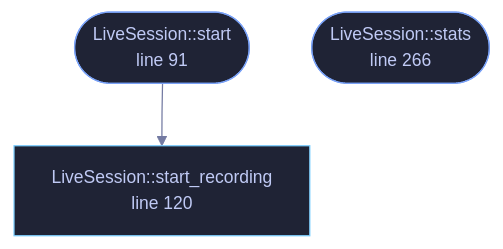
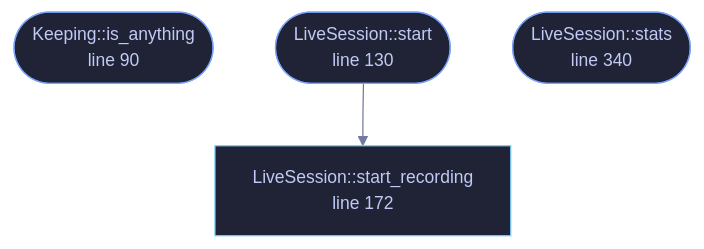
Before and after one commit to tilas01/veilvoice: the diagram in wiki/File-veilvoice-audio-live.md, drawn with Mermaid. The commit also changed other lines of this file and 100 other files, not shown here.

````diff
--- a/wiki/File-veilvoice-audio-live.md
+++ b/wiki/File-veilvoice-audio-live.md
@@ -85,15 +88,17 @@
 ```mermaid
 %%{init: {"theme":"base","themeVariables":{"background":"#1a1b26","primaryColor":"#1f2335","primaryTextColor":"#c0caf5","primaryBorderColor":"#7aa2f7","secondaryColor":"#16161e","tertiaryColor":"#16161e","lineColor":"#737aa2","textColor":"#c0caf5","mainBkg":"#1f2335","nodeBorder":"#7aa2f7","clusterBkg":"#16161e","clusterBorder":"#2f3549","fontFamily":"ui-monospace, SFMono-Regular, Consolas, monospace","fontSize":"14px"}}}%%
 flowchart TD
-    n_start(["LiveSession::start<br/>line 91"])
-    n_start_recording["LiveSession::start_recording<br/>line 120"]
-    n_stats(["LiveSession::stats<br/>line 266"])
+    n_is_anything(["Keeping::is_anything<br/>line 90"])
+    n_start(["LiveSession::start<br/>line 130"])
+    n_start_recording["LiveSession::start_recording<br/>line 172"]
+    n_stats(["LiveSession::stats<br/>line 340"])
     n_start --> n_start_recording
-    click n_start href "https://github.com/tilas01/veilvoice/blob/main/crates/veilvoice-audio/src/live.rs#L91" "open the source"
-    click n_start_recording href "https://github.com/tilas01/veilvoice/blob/main/crates/veilvoice-audio/src/live.rs#L120" "open the source"
-    click n_stats href "https://github.com/tilas01/veilvoice/blob/main/crates/veilvoice-audio/src/live.rs#L266" "open the source"
+    click n_is_anything href "https://github.com/tilas01/veilvoice/blob/main/crates/veilvoice-audio/src/live.rs#L90" "open the source"
+    click n_start href "https://github.com/tilas01/veilvoice/blob/main/crates/veilvoice-audio/src/live.rs#L130" "open the source"
+    click n_start_recording href "https://github.com/tilas01/veilvoice/blob/main/crates/veilvoice-audio/src/live.rs#L172" "open the source"
+    click n_stats href "https://github.com/tilas01/veilvoice/blob/main/crates/veilvoice-audio/src/live.rs#L340" "open the source"
     classDef entry fill:#1f2335,stroke:#7aa2f7,color:#c0caf5
-    class n_start,n_stats entry
+    class n_is_anything,n_start,n_stats entry
     classDef api fill:#1f2335,stroke:#7dcfff,color:#c0caf5
     class n_start_recording api
 ```
````
